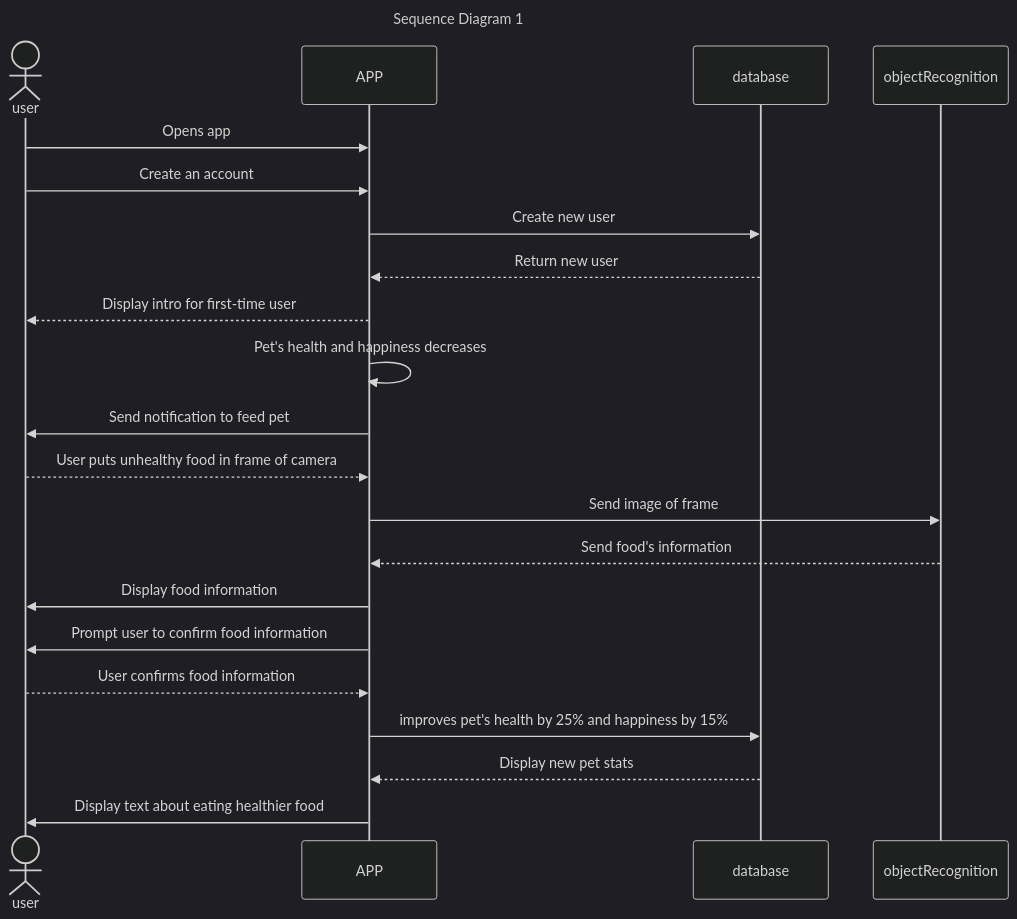
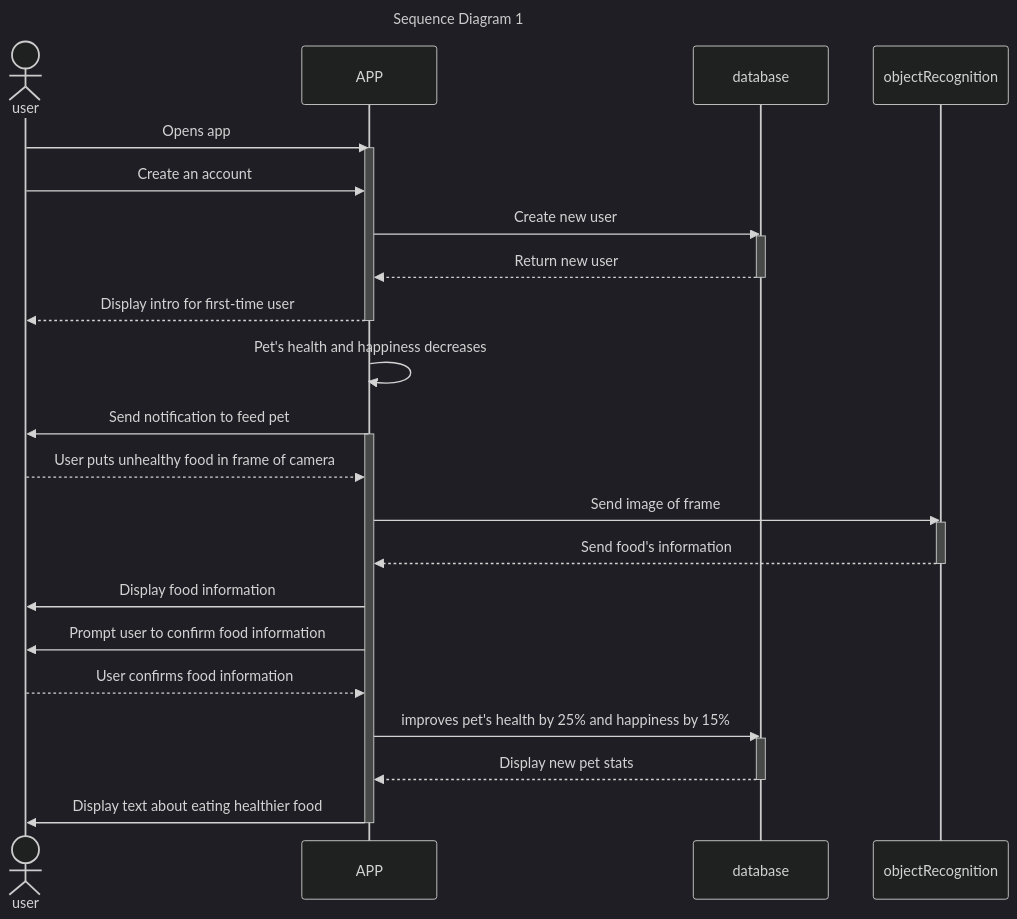
Before and after one commit to Capstone-Projects-2023-Fall/project-ar-pet-pals: the first of 8 diagrams in documentation/docs/system-architecture/sequence-diagrams.md, drawn with Mermaid (dark theme). The commit also changed other lines of this file, not shown here.

Commit message:
edit sequence diagrams

````diff
--- a/documentation/docs/system-architecture/sequence-diagrams.md
+++ b/documentation/docs/system-architecture/sequence-diagrams.md
@@ -9,31 +9,36 @@
 ```mermaid
 sequenceDiagram
     title Sequence Diagram 1
 
     actor user
 
-    %% user->>+appstore: requests app
-    %% appstore-->>-user: downloads and installs app
-
     user->>APP: Opens app
+    activate APP
     user->>APP: Create an account
-
     APP->>database: Create new user
+    activate database
     database-->>APP: Return new user
+    deactivate database
     APP-->>user: Display intro for first-time user
+    deactivate APP
 
     APP->>APP: Pet's health and happiness decreases
 
     APP->>user: Send notification to feed pet
-    
+    activate APP
     user-->>APP: User puts unhealthy food in frame of camera
     APP->>objectRecognition: Send image of frame 
+    activate objectRecognition
     objectRecognition-->>APP: Send food's information
+    deactivate objectRecognition
+
     APP->>user: Display food information
     APP->>user: Prompt user to confirm food information
     user-->>APP: User confirms food information
     APP->>database: improves pet's health by 25% and happiness by 15%
+    activate database
     database-->>APP: Display new pet stats
+    deactivate database
     APP->>user: Display text about eating healthier food
-
+    deactivate APP
 ```
````
